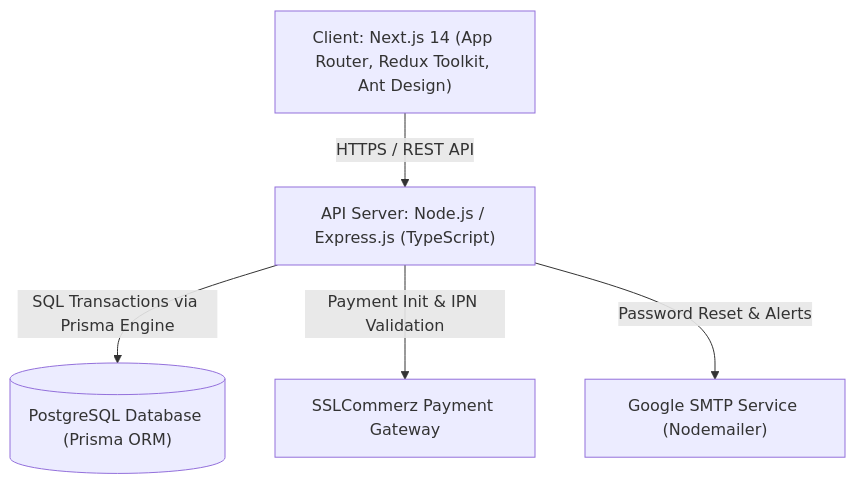
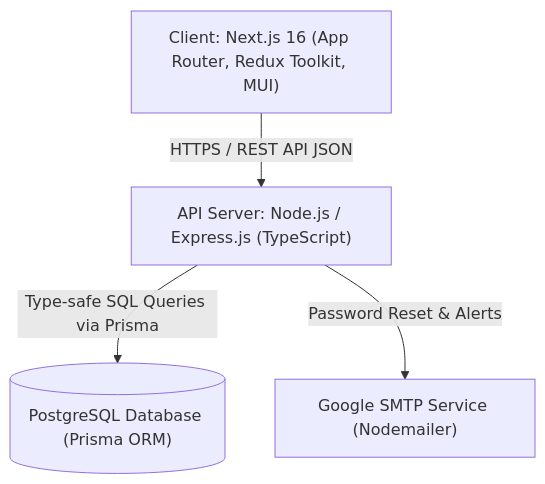
Before and after one commit to emonhassan83/medico: the first of 4 diagrams in docs/ARCHITECTURE.md, drawn with Mermaid. The commit also changed other lines of this file and 1 other file, not shown here.

Commit message:
docs: add API guidelines and system architecture documentation

````diff
--- a/docs/ARCHITECTURE.md
+++ b/docs/ARCHITECTURE.md
@@ -11,13 +11,11 @@
 ```mermaid
 graph TD
-    Client["Client: Next.js 14 (App Router, Redux Toolkit, Ant Design)"]
+    Client["Client: Next.js 16 (App Router, Redux Toolkit, MUI)"]
     Server["API Server: Node.js / Express.js (TypeScript)"]
     DB[("PostgreSQL Database (Prisma ORM)")]
-    SSL["SSLCommerz Payment Gateway"]
     SMTP["Google SMTP Service (Nodemailer)"]
 
-    Client -->|HTTPS / REST API| Server
-    Server -->|SQL Transactions via Prisma Engine| DB
-    Server -->|Payment Init & IPN Validation| SSL
+    Client -->|HTTPS / REST API JSON| Server
+    Server -->|Type-safe SQL Queries via Prisma| DB
     Server -->|Password Reset & Alerts| SMTP
 ```
````
